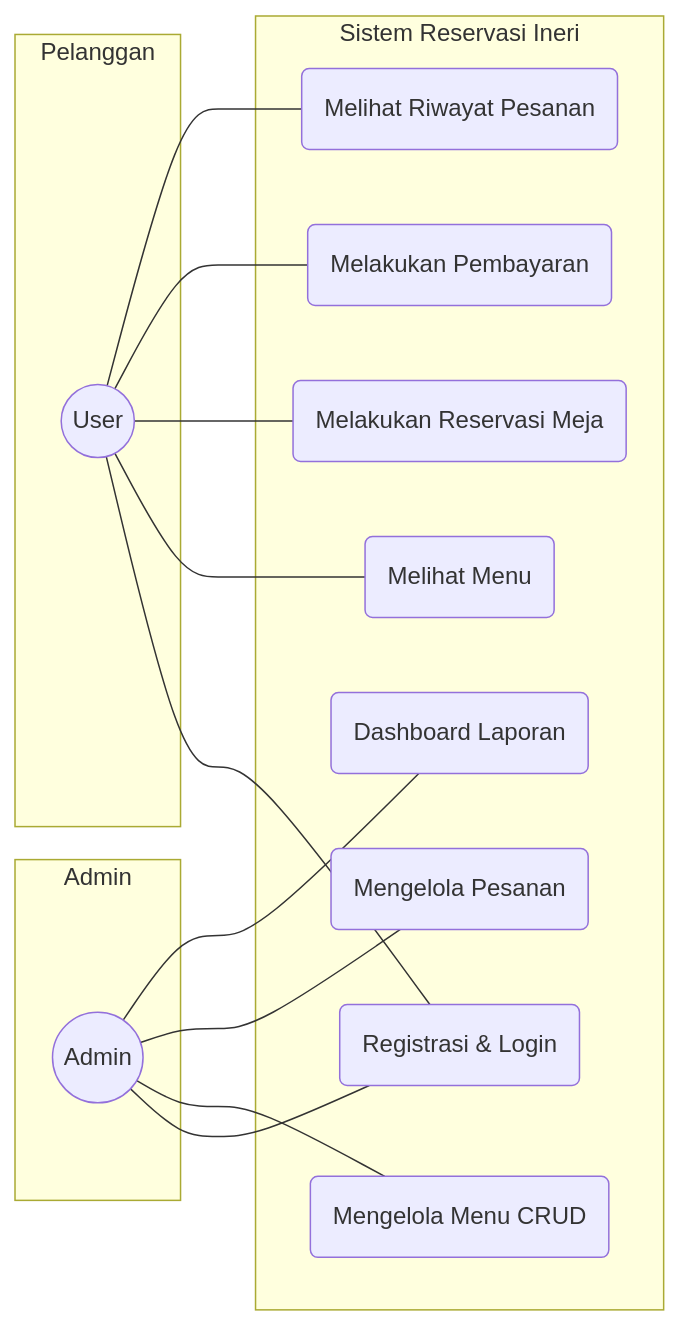
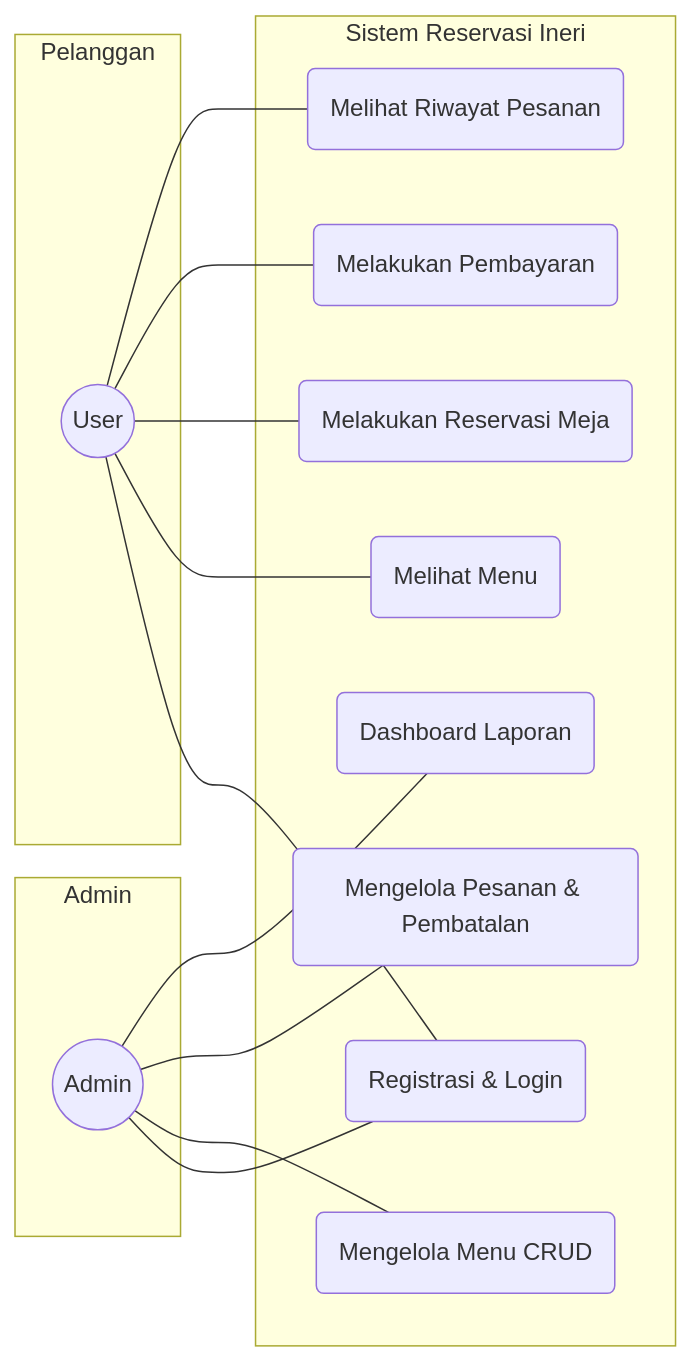
Before and after one commit to AkbarHusaini/website-reservasi-online-Ineri-suki: the first of 3 diagrams in DIAGRAM.md, drawn with Mermaid. The commit also changed other lines of this file, not shown here.

Commit message:
docs: update all diagrams to include 15-minute timer and auto-cancellation logic

````diff
--- a/DIAGRAM.md
+++ b/DIAGRAM.md
@@ -10,32 +10,32 @@
 ```mermaid
 graph LR
     subgraph Pelanggan
         U((User))
     end
 
     subgraph "Sistem Reservasi Ineri"
         UC1(Registrasi & Login)
         UC2(Melihat Menu)
         UC3(Melakukan Reservasi Meja)
         UC4(Melakukan Pembayaran)
         UC5(Melihat Riwayat Pesanan)
         UC6(Mengelola Menu CRUD)
-        UC7(Mengelola Pesanan)
+        UC7(Mengelola Pesanan & Pembatalan)
         UC8(Dashboard Laporan)
     end
 
     subgraph Admin
         A((Admin))
     end
 
     U --- UC1
     U --- UC2
     U --- UC3
     U --- UC4
     U --- UC5
 
     A --- UC1
     A --- UC6
     A --- UC7
     A --- UC8
 ```
````
